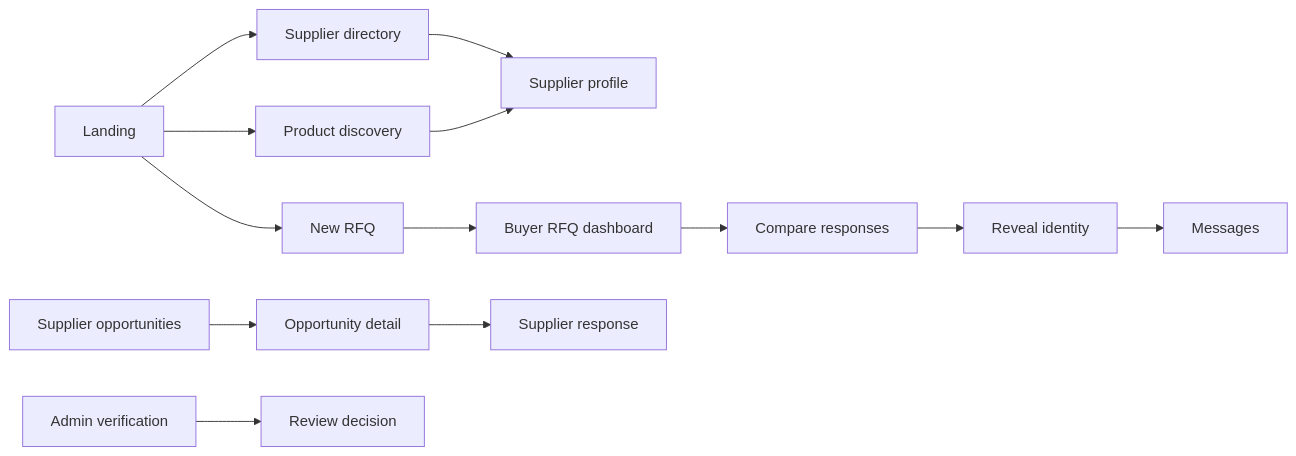
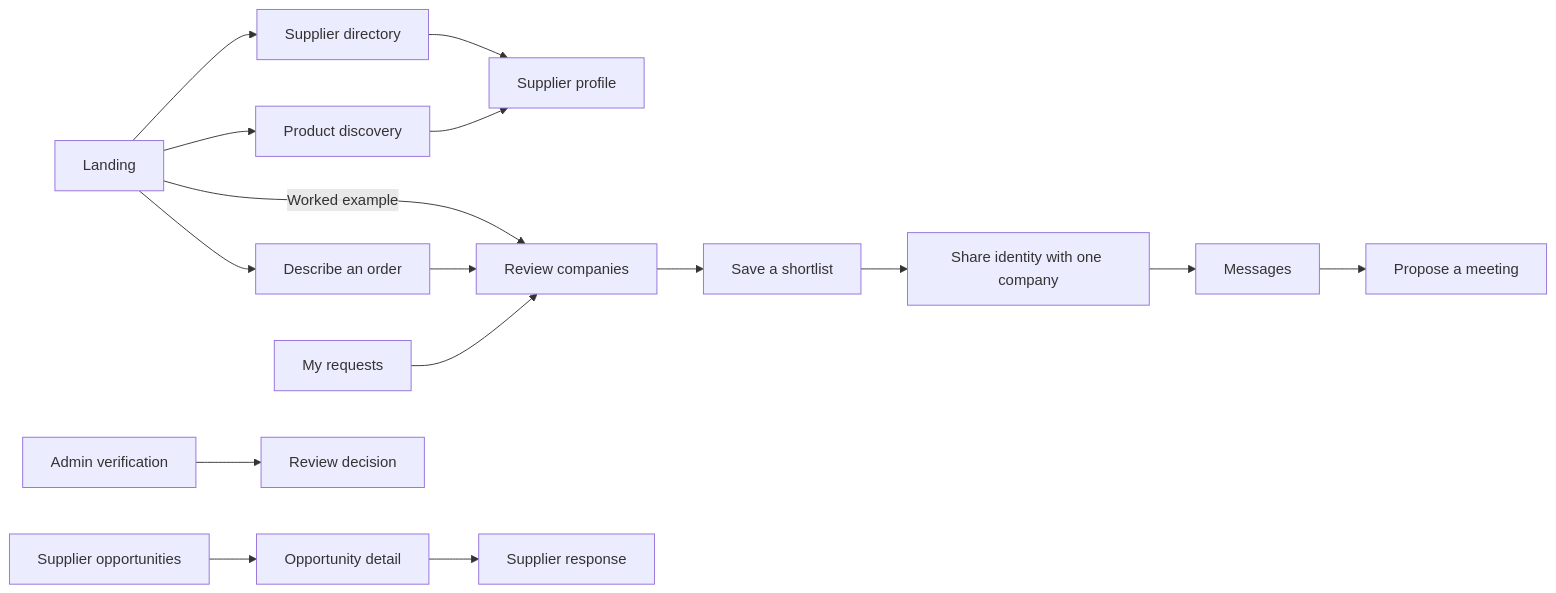
One commit to diazlp/corneer changed the diagram in docs/03-frontend-guide.md. Above: the diagram before and after it, drawn with Mermaid. The commit also changed other lines of this file and 54 other files, not shown here.

````diff
--- a/docs/03-frontend-guide.md
+++ b/docs/03-frontend-guide.md
@@ -7,15 +7,18 @@
 ```mermaid
 flowchart LR
   L[Landing] --> S[Supplier directory]
   L --> P[Product discovery]
   S --> SP[Supplier profile]
   P --> SP
-  L --> N[New RFQ]
-  N --> BD[Buyer RFQ dashboard]
-  BD --> BC[Compare responses]
-  BC --> R[Reveal identity]
+  L --> N[Describe an order]
+  L -->|Worked example| BC
+  N --> BC[Review companies]
+  BD[My requests] --> BC
+  BC --> SL[Save a shortlist]
+  SL --> R[Share identity with one company]
   R --> M[Messages]
+  M --> MT[Propose a meeting]
   SO[Supplier opportunities] --> OD[Opportunity detail]
   OD --> SR[Supplier response]
   A[Admin verification] --> V[Review decision]
 ```
````
